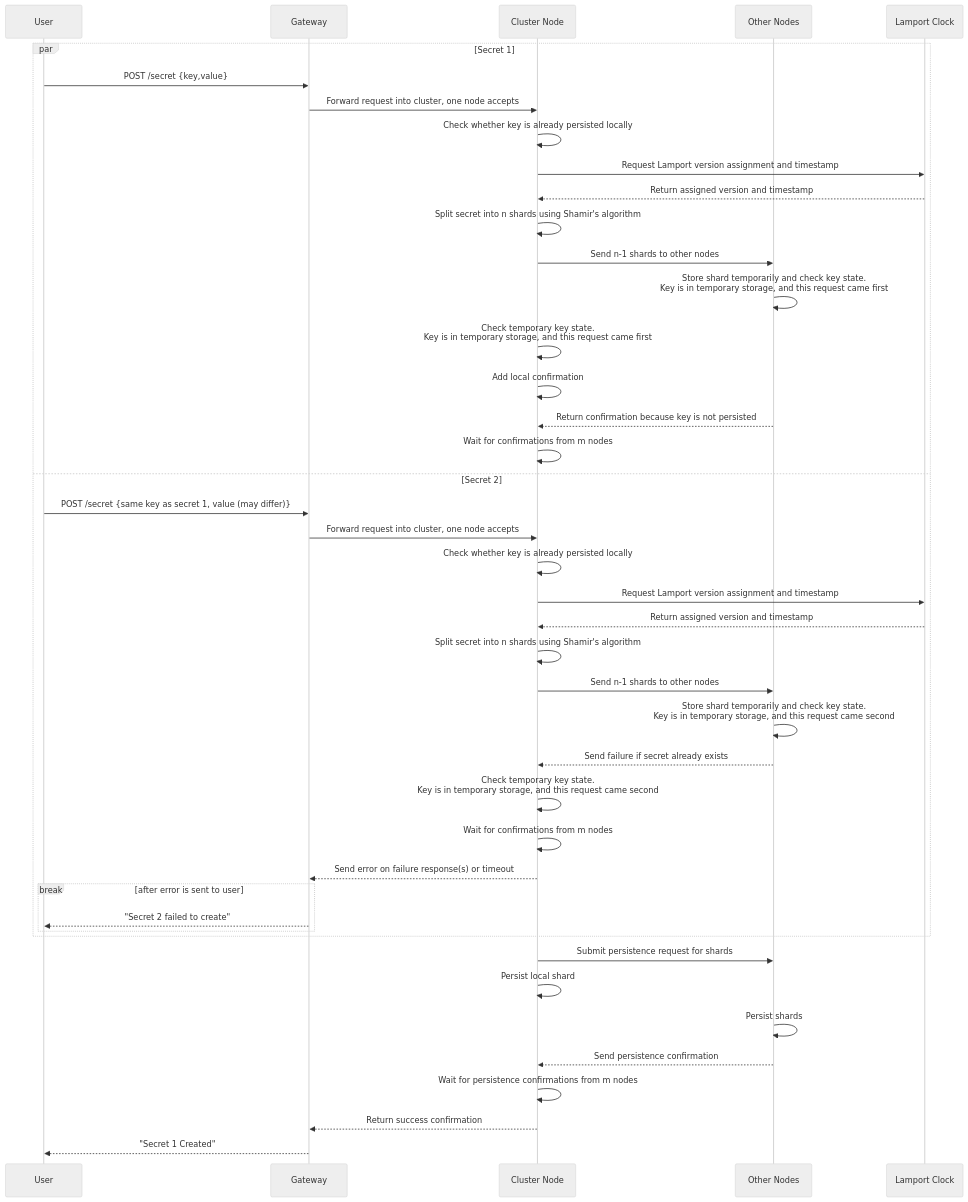
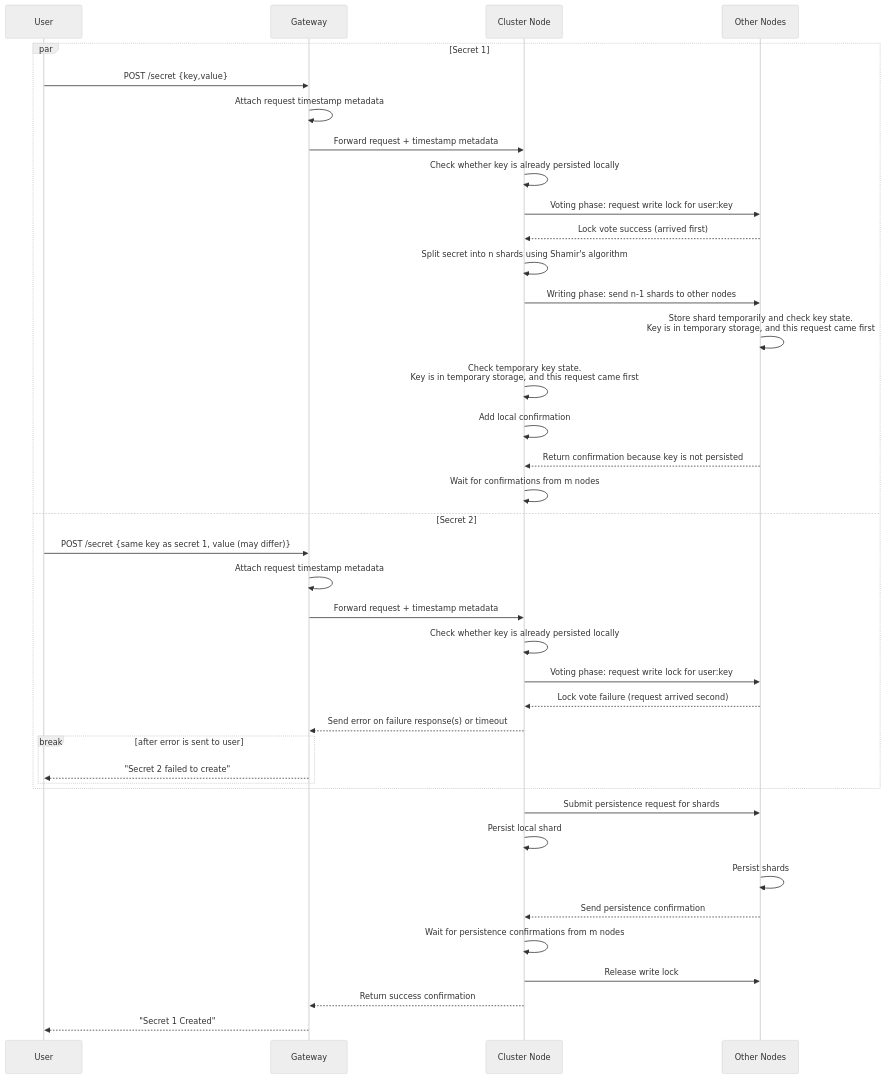
One commit to S26-Distributed-Capstone/DistributedSecretsVault changed the second of 2 diagrams in docs/crud/create.md. Above: the diagram before and after it, drawn with Mermaid (neutral theme). The commit also changed other lines of this file and 6 other files, not shown here.

````diff
--- a/docs/crud/create.md
+++ b/docs/crud/create.md
@@ -73,46 +74,41 @@
 ```mermaid
 sequenceDiagram
     participant User
     participant Gateway
     participant Node as Cluster Node
     participant Peers as Other Nodes
-    participant Clock as Lamport Clock
-
     par Secret 1
       User->>Gateway: POST /secret {key,value}
-      Gateway->>Node: Forward request into cluster, one node accepts
+      Gateway->>Gateway: Attach request timestamp metadata
+      Gateway->>Node: Forward request + timestamp metadata
       Node->>Node: Check whether key is already persisted locally
-      Node->>Clock: Request Lamport version assignment and timestamp
-      Clock-->>Node: Return assigned version and timestamp
+      Node->>Peers: Voting phase: request write lock for user:key
+      Peers-->>Node: Lock vote success (arrived first)
       Node->>Node: Split secret into n shards using Shamir's algorithm
-      Node->>Peers: Send n-1 shards to other nodes
+      Node->>Peers: Writing phase: send n-1 shards to other nodes
       Peers->>Peers: Store shard temporarily and check key state.<br>Key is in temporary storage, and this request came first
       Node->>Node: Check temporary key state.<br>Key is in temporary storage, and this request came first
       Node->>Node: Add local confirmation
       Peers-->>Node: Return confirmation because key is not persisted
       Node->>Node: Wait for confirmations from m nodes
     and Secret 2
       User->>Gateway: POST /secret {same key as secret 1, value (may differ)}
-      Gateway->>Node: Forward request into cluster, one node accepts
+      Gateway->>Gateway: Attach request timestamp metadata
+      Gateway->>Node: Forward request + timestamp metadata
       Node->>Node: Check whether key is already persisted locally
-      Node->>Clock: Request Lamport version assignment and timestamp
-      Clock-->>Node: Return assigned version and timestamp
-      Node->>Node: Split secret into n shards using Shamir's algorithm
-      Node->>Peers: Send n-1 shards to other nodes
-      Peers->>Peers: Store shard temporarily and check key state.<br>Key is in temporary storage, and this request came second
-      Peers-->>Node: Send failure if secret already exists
-      Node->>Node: Check temporary key state.<br>Key is in temporary storage, and this request came second
-      Node->>Node: Wait for confirmations from m nodes
+      Node->>Peers: Voting phase: request write lock for user:key
+      Peers-->>Node: Lock vote failure (request arrived second)
       Node-->>Gateway: Send error on failure response(s) or timeout
       break after error is sent to user
         Gateway-->>User: "Secret 2 failed to create"
       end
     end
     Node->>Peers: Submit persistence request for shards
     Node->>Node: Persist local shard
     Peers->>Peers: Persist shards
     Peers-->>Node: Send persistence confirmation
     Node->>Node: Wait for persistence confirmations from m nodes
+    Node->>Peers: Release write lock
     Node-->>Gateway: Return success confirmation
     Gateway-->>User: "Secret 1 Created"
 ```
````
